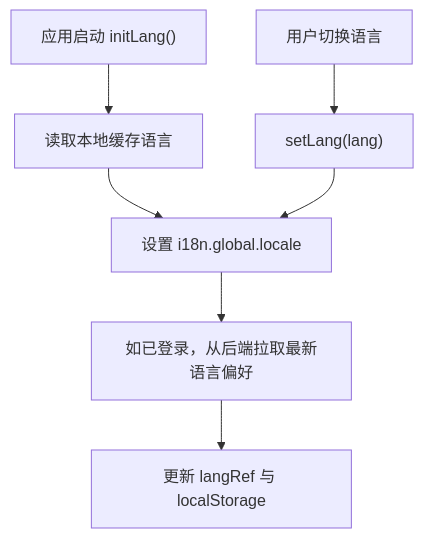
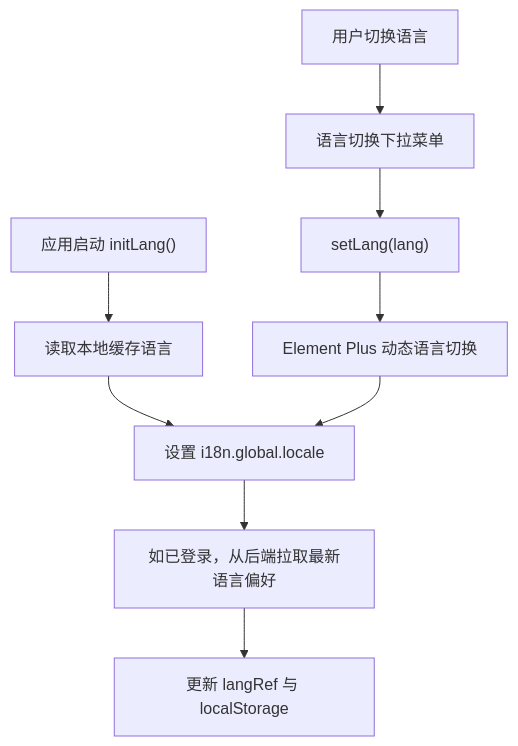
The sixth of 9 diagrams in .qoder/repowiki/zh/content/前端架构设计/主应用(base-app).md (haohailiang/qoder-fullstack), drawn with Mermaid before and after one commit. The commit also changed other lines of this file and 44 other files, not shown here.

````diff
--- a/.qoder/repowiki/zh/content/前端架构设计/主应用(base-app).md
+++ b/.qoder/repowiki/zh/content/前端架构设计/主应用(base-app).md
@@ -256,9 +303,11 @@
 ```mermaid
 flowchart TD
 Init["应用启动 initLang()"] --> Local["读取本地缓存语言"]
 Local --> Apply["设置 i18n.global.locale"]
 Apply --> Sync["如已登录，从后端拉取最新语言偏好"]
 Sync --> Update["更新 langRef 与 localStorage"]
-UserChange["用户切换语言"] --> SetLang["setLang(lang)"]
-SetLang --> Apply
+UserChange["用户切换语言"] --> Dropdown["语言切换下拉菜单"]
+Dropdown --> SetLang["setLang(lang)"]
+SetLang --> EP["Element Plus 动态语言切换"]
+EP --> Apply
 ```
````
